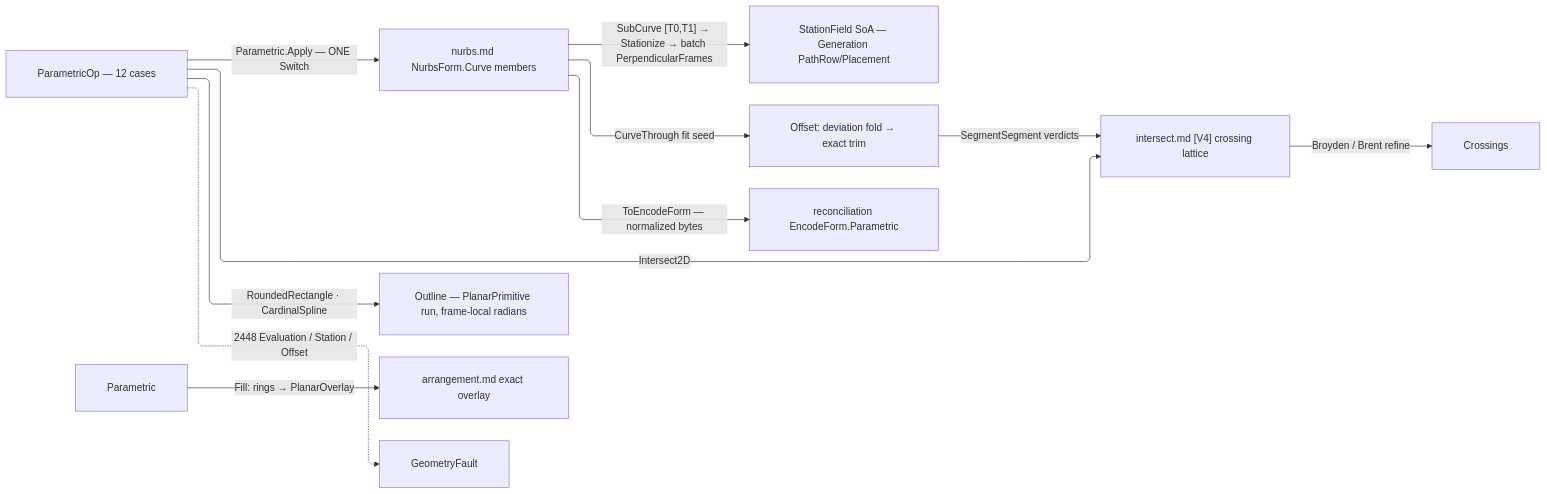
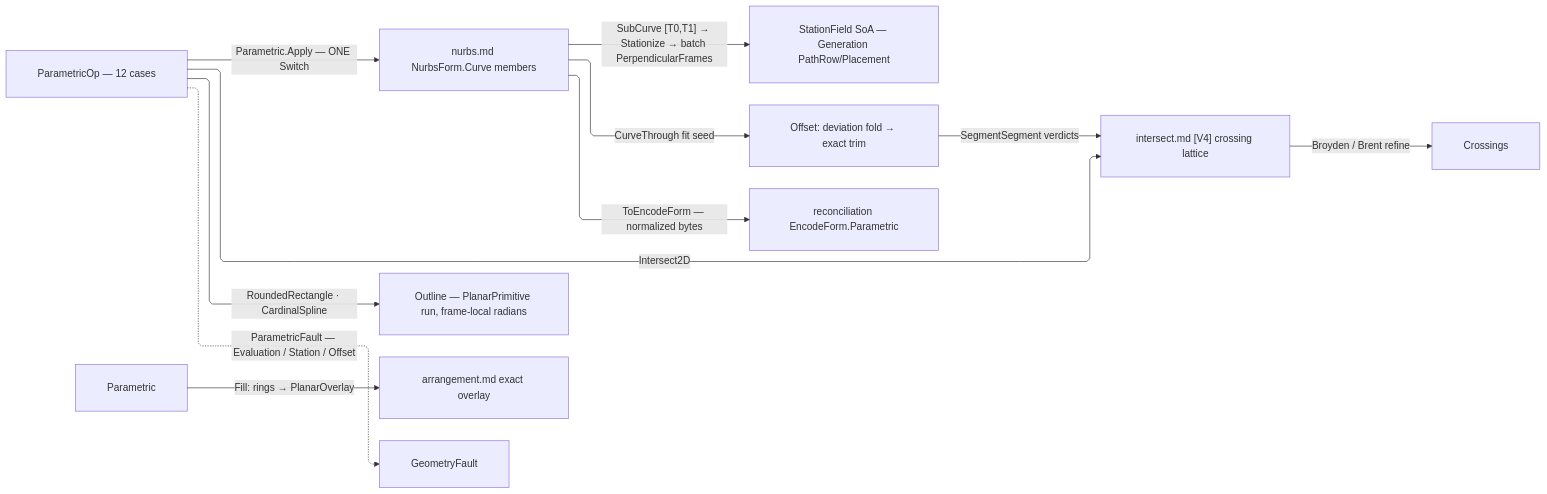
The diagram in libs/csharp/Rasm/.planning/Parametric/curve.md (bsamiee/Rasm), drawn with Mermaid before and after one commit. The commit also changed other lines of this file and 818 other files, not shown here.

````diff
--- a/libs/csharp/Rasm/.planning/Parametric/curve.md
+++ b/libs/csharp/Rasm/.planning/Parametric/curve.md
@@ -340,22 +382,22 @@
 ```mermaid
 ---
 config:
   layout: elk
   flowchart:
     curve: linear
     padding: 25
 ---
 flowchart LR
     accTitle: Parametric curve dispatch
     accDescr: Curve operations compose the vendored engine, exact crossing lattice, arrangement owner, and identity projection.
     Op["ParametricOp — 12 cases"] -->|"Parametric.Apply — ONE Switch"| Engine["nurbs.md NurbsForm.Curve members"]
     Op -->|"RoundedRectangle · CardinalSpline"| Outline["Outline — PlanarPrimitive run, frame-local radians"]
     Engine -->|"SubCurve [T0,T1] → Stationize → batch PerpendicularFrames"| Wire["StationField SoA — Generation PathRow/Placement"]
     Engine -->|"CurveThrough fit seed"| Offset["Offset: deviation fold → exact trim"]
     Offset -->|"SegmentSegment verdicts"| Lattice["intersect.md [V4] crossing lattice"]
     Op -->|"Intersect2D"| Lattice
     Lattice -->|"Broyden / Brent refine"| Crossings
     Parametric -->|"Fill: rings → PlanarOverlay"| Arrangement["arrangement.md exact overlay"]
     Engine -->|"ToEncodeForm — normalized bytes"| Identity["reconciliation EncodeForm.Parametric"]
-    Op -.->|"2448 Evaluation / Station / Offset"| GeometryFault
+    Op -.->|"ParametricFault — Evaluation / Station / Offset"| GeometryFault
 ```
````
